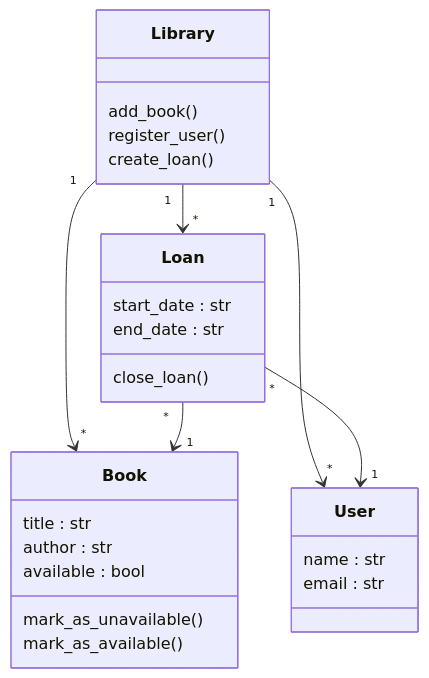
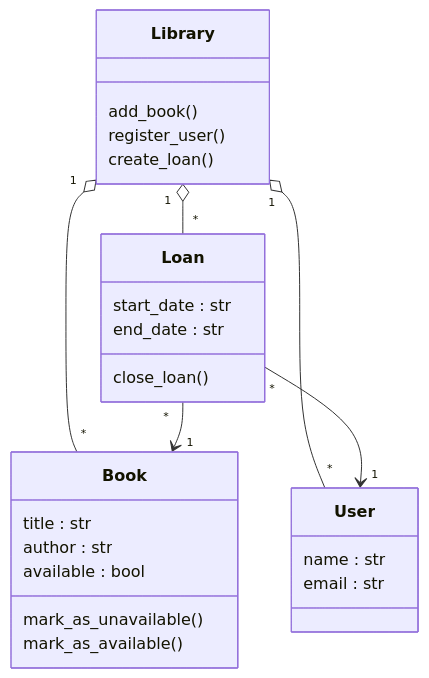
The diagram in uml_intro/0-class_diagram.mmd (Mathieu-Bailliez/holbertonschool-sw_design_architecture), drawn with Mermaid before and after one commit.

Commit message:
Better relationships structure on the diagramm for better respect of the rules

```diff
--- a/uml_intro/0-class_diagram.mmd
+++ b/uml_intro/0-class_diagram.mmd
@@ -1,33 +1,33 @@
 classDiagram
 
 class Library {
 	add_book()
 	register_user()
 	create_loan()
 }
 
 class Book {
 	title : str
 	author : str
 	available : bool
 	mark_as_unavailable()
 	mark_as_available()
 }
 
 class User {
 	name : str
 	email : str
 }
 
 class Loan {
 	start_date : str
 	end_date : str
 	close_loan()
 }
 
-Library "1" --> "*" Book
-Library "1" --> "*" User
-Library "1" --> "*" Loan
+Library "1" o-- "*" Book
+Library "1" o-- "*" User
+Library "1" o-- "*" Loan
 
 Loan "*" --> "1" Book
 Loan "*" --> "1" User
```
